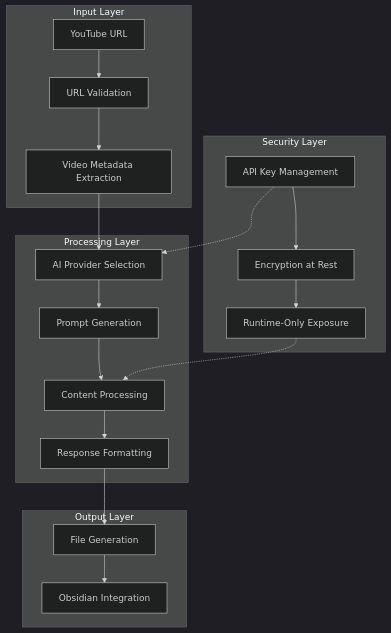
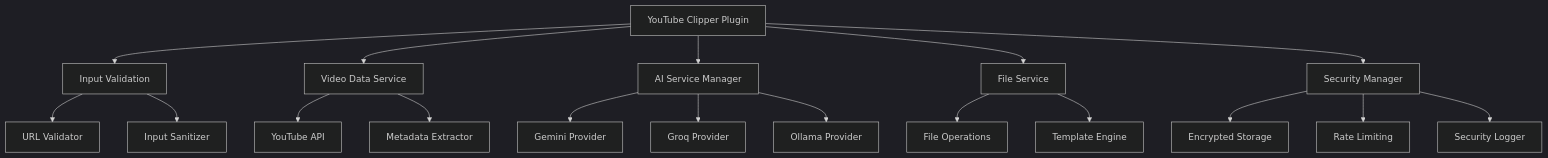
Before and after one commit to emeeran/youtube-to-note: the diagram in README.md, drawn with Mermaid (dark theme). The commit also changed other lines of this file and 8 other files, not shown here.

````diff
--- a/README.md
+++ b/README.md
@@ -43,27 +308,25 @@
 ```mermaid
 graph TB
-    subgraph "Input Layer"
-        A[YouTube URL] --> B[URL Validation]
-        B --> C[Video Metadata Extraction]
-    end
+    A[YouTube Clipper Plugin] --> B[Input Validation]
+    A --> C[Video Data Service]
+    A --> D[AI Service Manager]
+    A --> E[File Service]
+    A --> F[Security Manager]
 
-    subgraph "Processing Layer"
-        C --> D[AI Provider Selection]
-        D --> E[Prompt Generation]
-        E --> F[Content Processing]
-        F --> G[Response Formatting]
-    end
+    B --> G[URL Validator]
+    B --> H[Input Sanitizer]
 
-    subgraph "Output Layer"
-        G --> H[File Generation]
-        H --> I[Obsidian Integration]
-    end
+    C --> I[YouTube API]
+    C --> J[Metadata Extractor]
 
-    subgraph "Security Layer"
-        J[API Key Management] --> K[Encryption at Rest]
-        K --> L[Runtime-Only Exposure]
-    end
+    D --> K[Gemini Provider]
+    D --> L[Groq Provider]
+    D --> M[Ollama Provider]
 
-    J -.-> D
-    L -.-> F
+    E --> N[File Operations]
+    E --> O[Template Engine]
+
+    F --> P[Encrypted Storage]
+    F --> Q[Rate Limiting]
+    F --> R[Security Logger]
 ```
````
